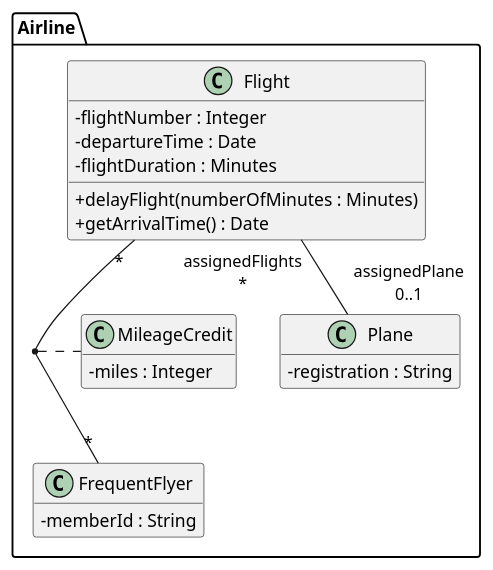
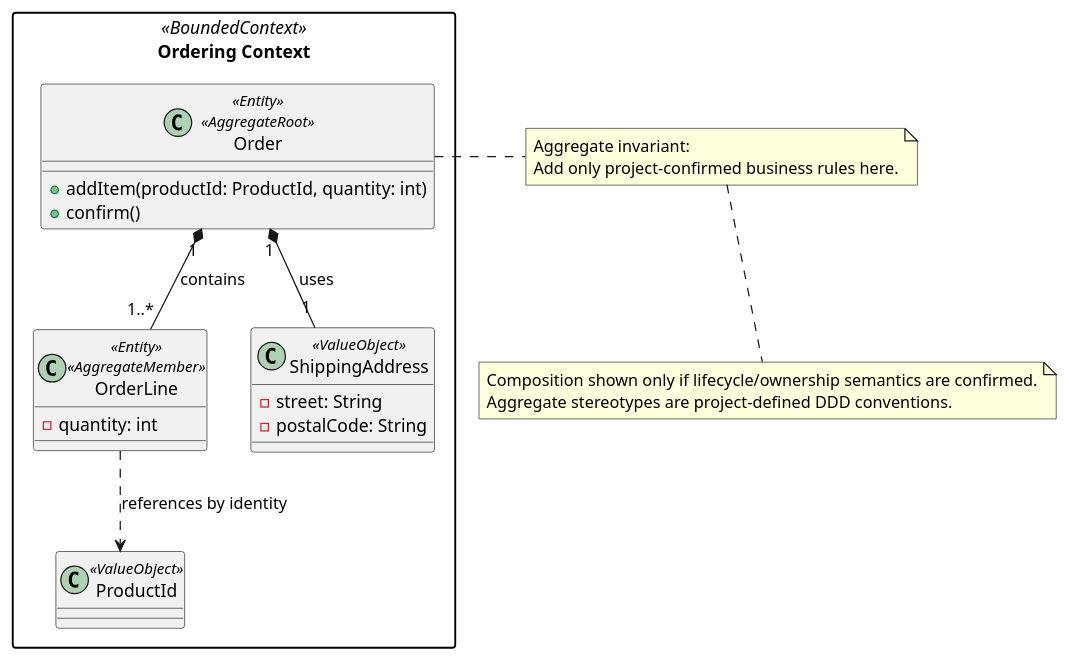
The second of 5 diagrams in .agents/skills/class-diagram-designer/references/plantuml-templates.md (Coffat/FocusFlow), drawn with PlantUML before and after one commit. The commit also changed other lines of this file and 12 other files, not shown here.

Commit message:
chore(skills): upgrade class-diagram-designer skill with DDD profiles and guidelines

````diff
--- a/.agents/skills/class-diagram-designer/references/plantuml-templates.md
+++ b/.agents/skills/class-diagram-designer/references/plantuml-templates.md
@@ -49,32 +42,37 @@
 ```plantuml
 @startuml
-skinparam classAttributeIconSize 0
-hide empty members
+skinparam packageStyle rectangle
 
-package "Airline" {
-  class Flight {
-    - flightNumber : Integer
-    - departureTime : Date
-    - flightDuration : Minutes
-    + delayFlight(numberOfMinutes : Minutes)
-    + getArrivalTime() : Date
+package "Ordering Context" <<BoundedContext>> {
+  class Order <<Entity>> <<AggregateRoot>> {
+    +addItem(productId: ProductId, quantity: int)
+    +confirm()
   }
 
-  class Plane {
-    - registration : String
+  class OrderLine <<Entity>> <<AggregateMember>> {
+    -quantity: int
   }
 
-  class FrequentFlyer {
-    - memberId : String
+  class ShippingAddress <<ValueObject>> {
+    -street: String
+    -postalCode: String
   }
 
-  class MileageCredit {
-    - miles : Integer
-  }
+  class ProductId <<ValueObject>>
+
+  Order "1" *-- "1..*" OrderLine : contains
+  Order "1" *-- "1" ShippingAddress : uses
+  OrderLine ..> ProductId : references by identity
 }
 
-Flight "assignedFlights\n*" -- "assignedPlane\n0..1" Plane
-Flight "*" -- "*" FrequentFlyer
-(Flight, FrequentFlyer) .. MileageCredit
+note right of Order
+  Aggregate invariant:
+  Add only project-confirmed business rules here.
+end note
+
+note bottom
+  Composition shown only if lifecycle/ownership semantics are confirmed.
+  Aggregate stereotypes are project-defined DDD conventions.
+end note
 @enduml
 ```
````
